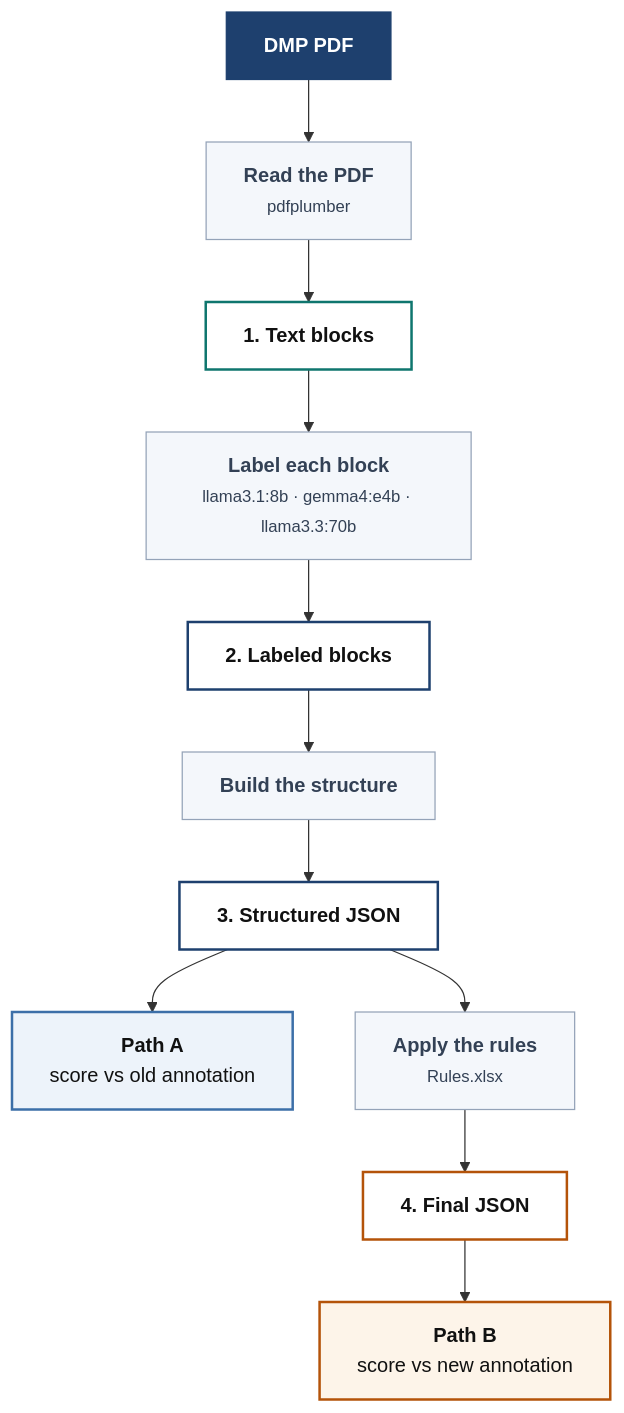
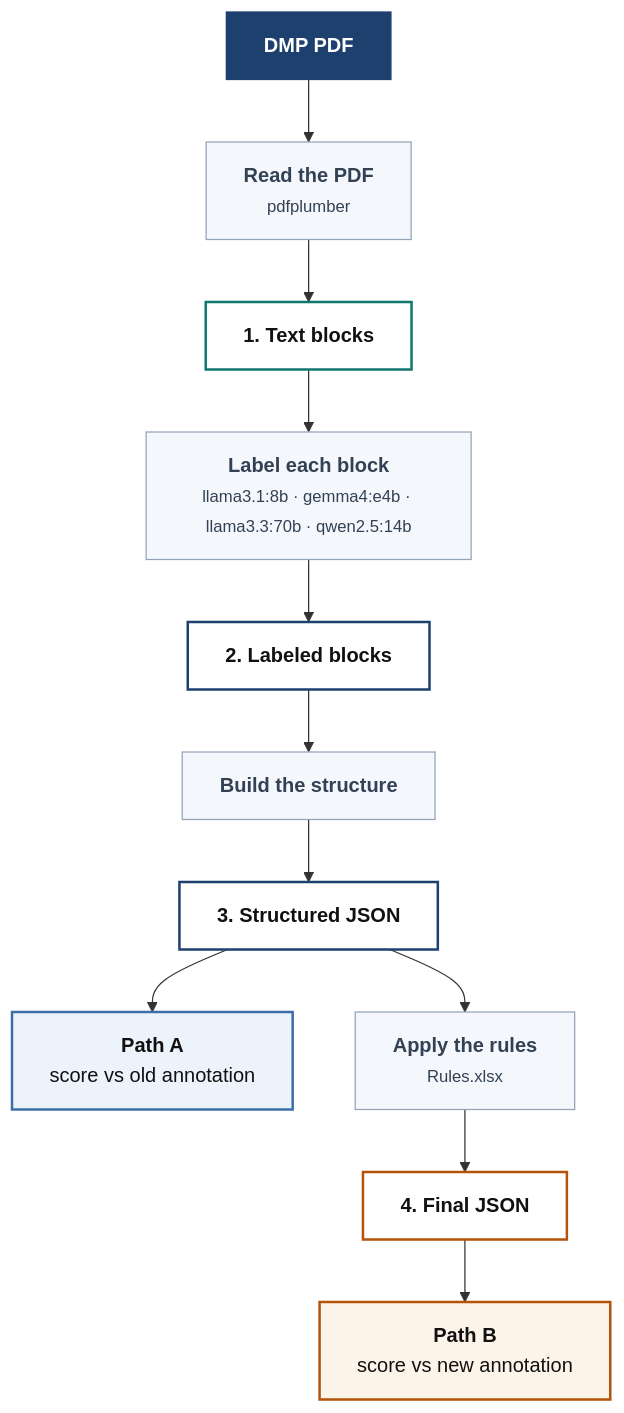
One commit to fairdataihub/dmpbridge changed the diagram in README.md. Above: the diagram before and after it, drawn with Mermaid. The commit also changed other lines of this file and 1 other file, not shown here.

````diff
--- a/README.md
+++ b/README.md
@@ -16,32 +16,32 @@
 ```mermaid
 flowchart TD
     PDF["<b>DMP PDF</b>"]
 
     PDF --> READ["<b>Read the PDF</b><br/><small>pdfplumber</small>"]
     READ --> S1["<b>1. Text blocks</b>"]
-    S1 --> LABEL["<b>Label each block</b><br/><small>llama3.1:8b · gemma4:e4b · llama3.3:70b</small>"]
+    S1 --> LABEL["<b>Label each block</b><br/><small>llama3.1:8b · gemma4:e4b · llama3.3:70b · qwen2.5:14b</small>"]
     LABEL --> S2["<b>2. Labeled blocks</b>"]
     S2 --> BUILD["<b>Build the structure</b>"]
     BUILD --> S3["<b>3. Structured JSON</b>"]
 
     S3 --> PATHA["<b>Path A</b><br/>score vs old annotation"]
     S3 --> RULES["<b>Apply the rules</b><br/><small>Rules.xlsx</small>"]
     RULES --> S4["<b>4. Final JSON</b>"]
     S4 --> PATHB["<b>Path B</b><br/>score vs new annotation"]
 
     classDef input  fill:#1E406E,stroke:#1E406E,color:#ffffff
     classDef step   fill:#F4F7FB,stroke:#94A3B8,stroke-width:1px,color:#334155
     classDef cached fill:#ffffff,stroke:#0F766E,stroke-width:2px,color:#111
     classDef data   fill:#ffffff,stroke:#1E406E,stroke-width:2px,color:#111
     classDef rules  fill:#ffffff,stroke:#B45309,stroke-width:2px,color:#111
     classDef pathA  fill:#EDF3FA,stroke:#3C6FA8,stroke-width:2px,color:#111
     classDef pathB  fill:#FDF4E9,stroke:#B45309,stroke-width:2px,color:#111
 
     class PDF input
     class READ,LABEL,BUILD,RULES step
     class S1 cached
     class S2,S3 data
     class S4 rules
     class PATHA pathA
     class PATHB pathB
 ```
````
